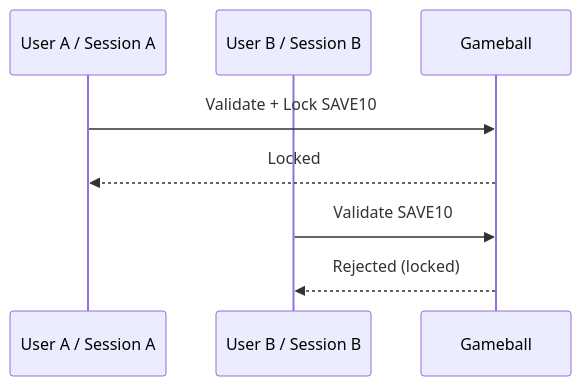
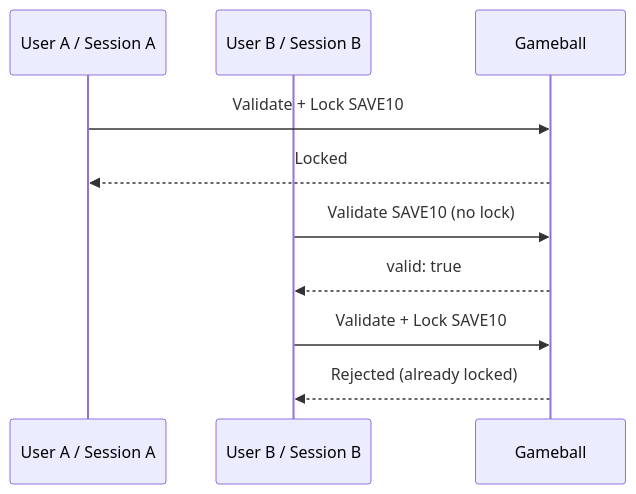
One commit to gameballers/gameball-docs changed the fourth of 4 diagrams in tutorials/experiences/gameball-discounts-engine/coupons/validate-lock.mdx. Above: the diagram before and after it, drawn with Mermaid. The commit also changed other lines of this file and 5 other files, not shown here.

````diff
--- a/tutorials/experiences/gameball-discounts-engine/coupons/validate-lock.mdx
+++ b/tutorials/experiences/gameball-discounts-engine/coupons/validate-lock.mdx
@@ -87,12 +87,15 @@
 ```mermaid
 sequenceDiagram
     participant User A / Session A
     participant User B / Session B
     participant Gameball
 
     User A / Session A->>Gameball: Validate + Lock SAVE10
     Gameball-->>User A / Session A: Locked
 
-    User B / Session B->>Gameball: Validate SAVE10
-    Gameball-->>User B / Session B: Rejected (locked)
+    User B / Session B->>Gameball: Validate SAVE10 (no lock)
+    Gameball-->>User B / Session B: valid: true
+
+    User B / Session B->>Gameball: Validate + Lock SAVE10
+    Gameball-->>User B / Session B: Rejected (already locked)
 ```
````
